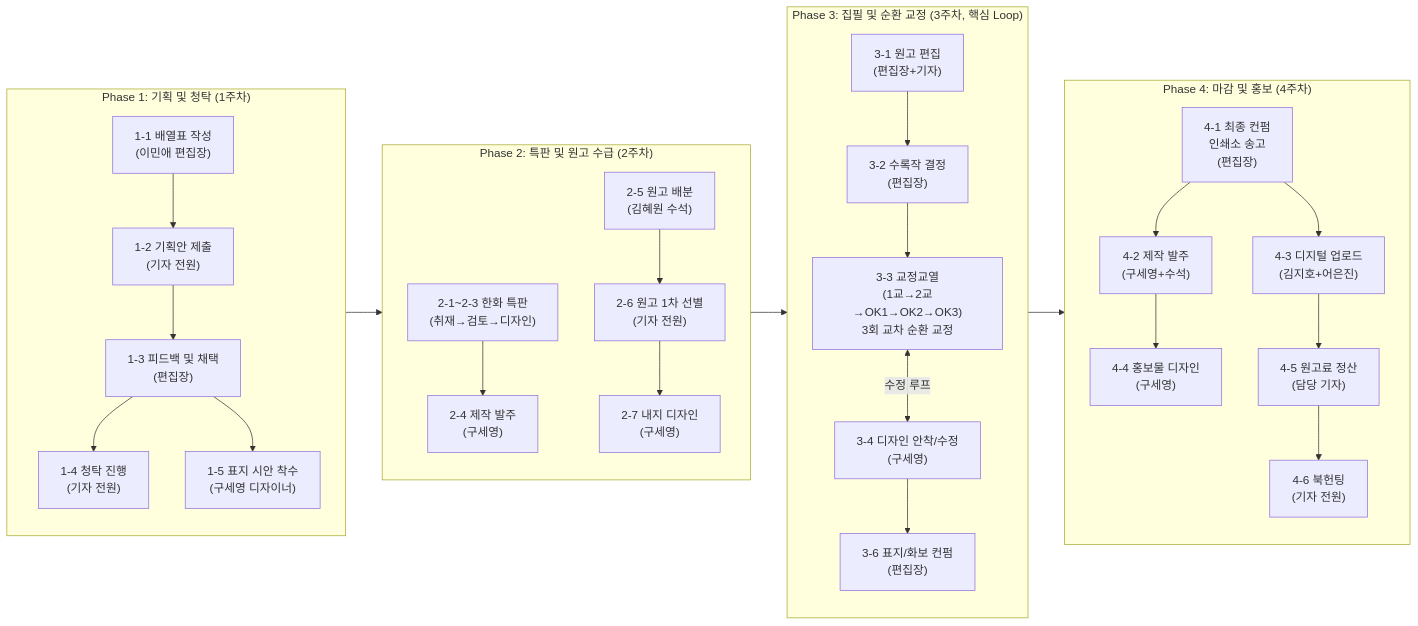
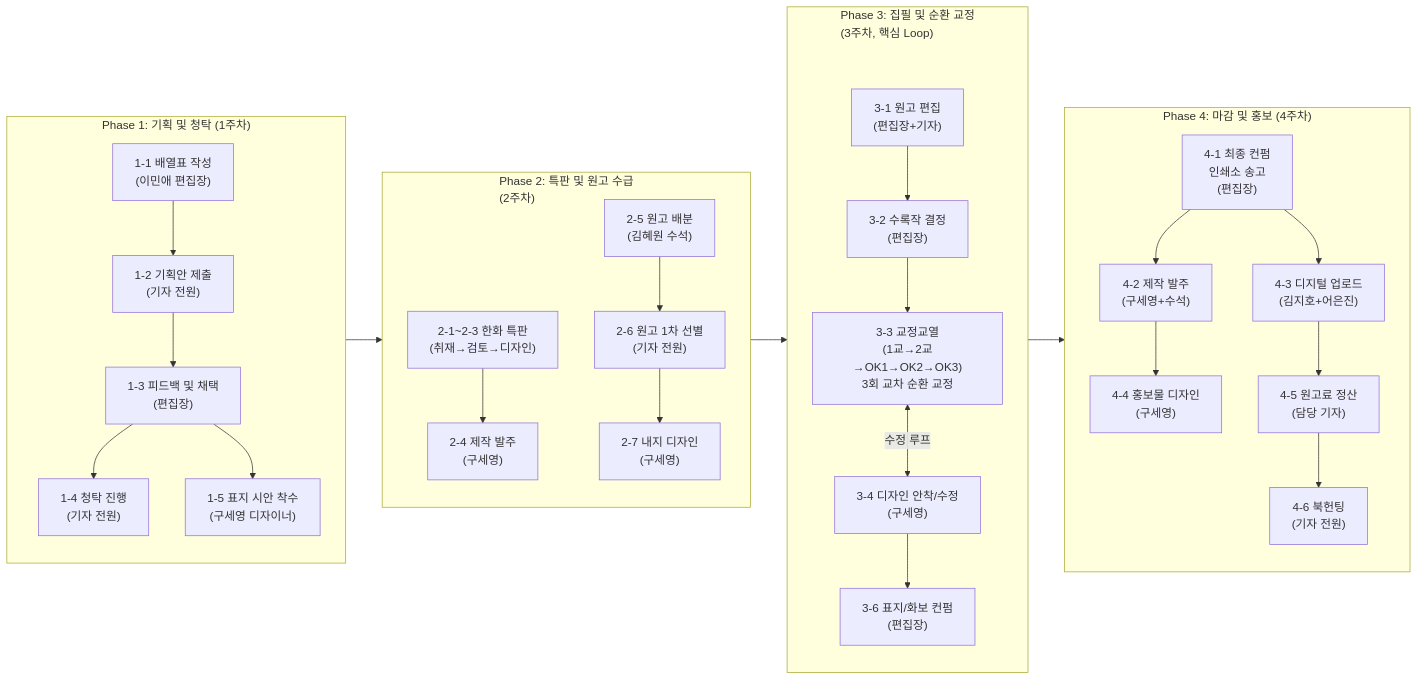
One commit to sknkwoxs/manual-book changed the fourth of 10 diagrams in src/content/docs/goodthinking-isp/02-analysis/business-analysis.md. Above: the diagram before and after it, drawn with Mermaid. The commit also changed other lines of this file and 16 other files, not shown here.

````diff
--- a/src/content/docs/goodthinking-isp/02-analysis/business-analysis.md
+++ b/src/content/docs/goodthinking-isp/02-analysis/business-analysis.md
@@ -122,32 +121,34 @@
 ```mermaid
 flowchart LR
     subgraph P1["Phase 1: 기획 및 청탁 (1주차)"]
         A1["1-1 배열표 작성<br/>(이민애 편집장)"] --> A2["1-2 기획안 제출<br/>(기자 전원)"]
         A2 --> A3["1-3 피드백 및 채택<br/>(편집장)"]
         A3 --> A4["1-4 청탁 진행<br/>(기자 전원)"]
         A3 --> A5["1-5 표지 시안 착수<br/>(구세영 디자이너)"]
     end
 
-    subgraph P2["Phase 2: 특판 및 원고 수급 (2주차)"]
+    subgraph P2["Phase 2: 특판 및 원고 수급 <br>(2주차)"]
         B1["2-1~2-3 한화 특판<br/>(취재→검토→디자인)"] --> B2["2-4 제작 발주<br/>(구세영)"]
         B3["2-5 원고 배분<br/>(김혜원 수석)"] --> B4["2-6 원고 1차 선별<br/>(기자 전원)"]
         B4 --> B5["2-7 내지 디자인<br/>(구세영)"]
     end
 
-    subgraph P3["Phase 3: 집필 및 순환 교정 (3주차, 핵심 Loop)"]
+    subgraph P3["Phase 3: 집필 및 순환 교정 <br>(3주차, 핵심 Loop)"]
+        spacer3[" "] ~~~ C1
+        style spacer3 fill:none,stroke:none,color:transparent,width:0,height:0,padding:0
         C1["3-1 원고 편집<br/>(편집장+기자)"] --> C2["3-2 수록작 결정<br/>(편집장)"]
         C2 --> C3["3-3 교정교열<br/>(1교→2교→OK1→OK2→OK3)<br/>3회 교차 순환 교정"]
         C3 <-->|"수정 루프"| C4["3-4 디자인 안착/수정<br/>(구세영)"]
         C4 --> C5["3-6 표지/화보 컨펌<br/>(편집장)"]
     end
 
     subgraph P4["Phase 4: 마감 및 홍보 (4주차)"]
         D1["4-1 최종 컨펌<br/>인쇄소 송고<br/>(편집장)"] --> D2["4-2 제작 발주<br/>(구세영+수석)"]
         D1 --> D3["4-3 디지털 업로드<br/>(김지호+어은진)"]
         D2 --> D4["4-4 홍보물 디자인<br/>(구세영)"]
         D3 --> D5["4-5 원고료 정산<br/>(담당 기자)"]
         D5 --> D6["4-6 북헌팅<br/>(기자 전원)"]
     end
 
     P1 --> P2 --> P3 --> P4
 ```
````
